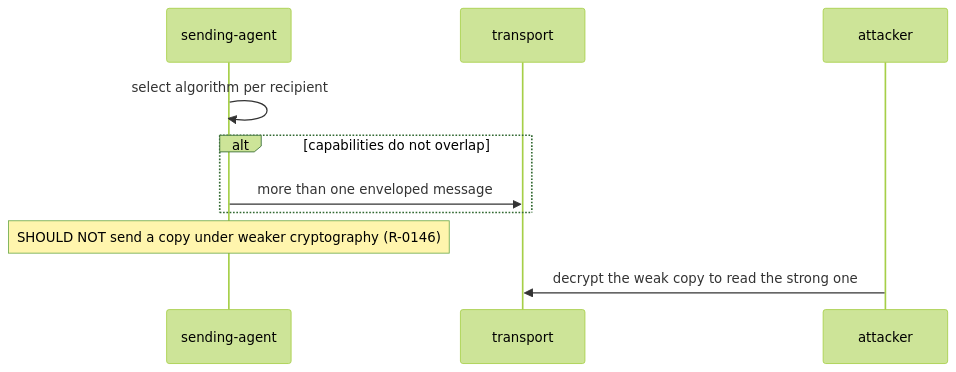
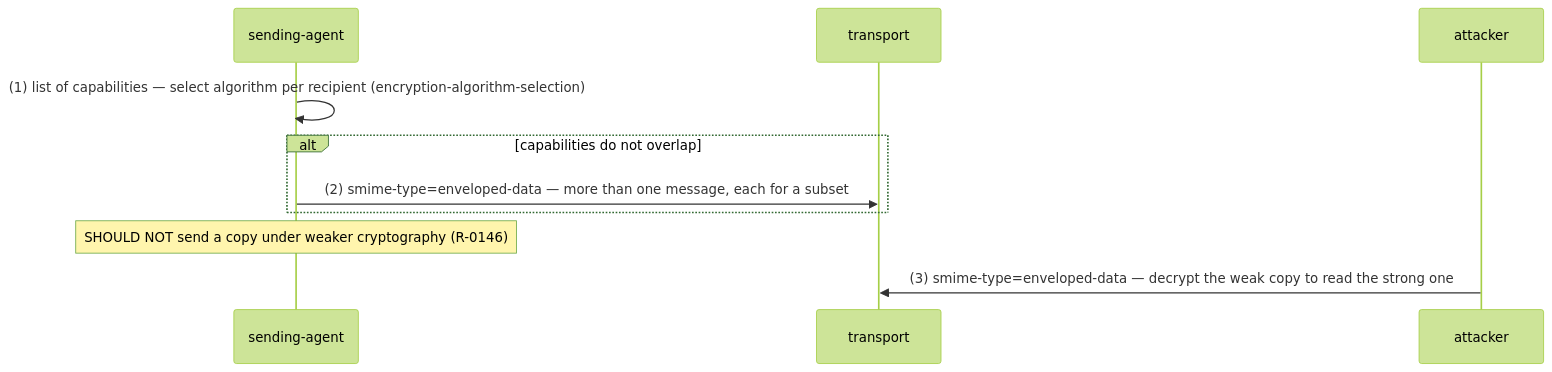
Before and after one commit to m-of-n/library: the fourth of 28 diagrams in records/ietf/rfc-8551/distilled/protocol.md, drawn with Mermaid (forest theme). The commit also changed other lines of this file and 10 other files, not shown here.

````diff
--- a/records/ietf/rfc-8551/distilled/protocol.md
+++ b/records/ietf/rfc-8551/distilled/protocol.md
@@ -121,12 +123,12 @@
 ```mermaid
 sequenceDiagram
   participant SA as sending-agent
   participant T as transport
   participant X as attacker
-  SA->>SA: select algorithm per recipient
+  SA->>SA: (1) list of capabilities — select algorithm per recipient (encryption-algorithm-selection)
   alt capabilities do not overlap
-    SA->>T: more than one enveloped message
+    SA->>T: (2) smime-type=enveloped-data — more than one message, each for a subset
   end
   Note over SA: SHOULD NOT send a copy under weaker cryptography (R-0146)
-  X->>T: decrypt the weak copy to read the strong one
+  X->>T: (3) smime-type=enveloped-data — decrypt the weak copy to read the strong one
 ```
````
